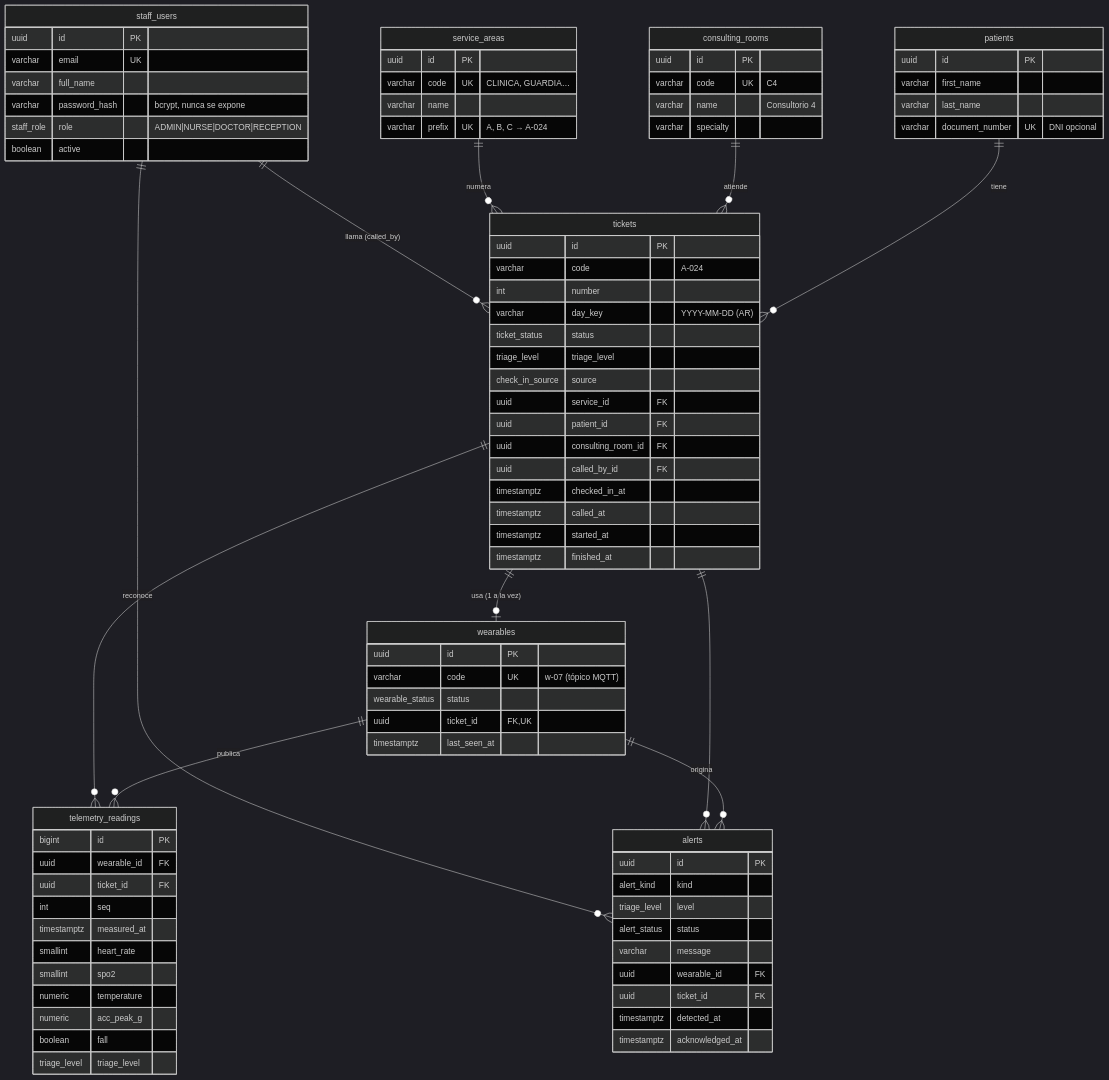
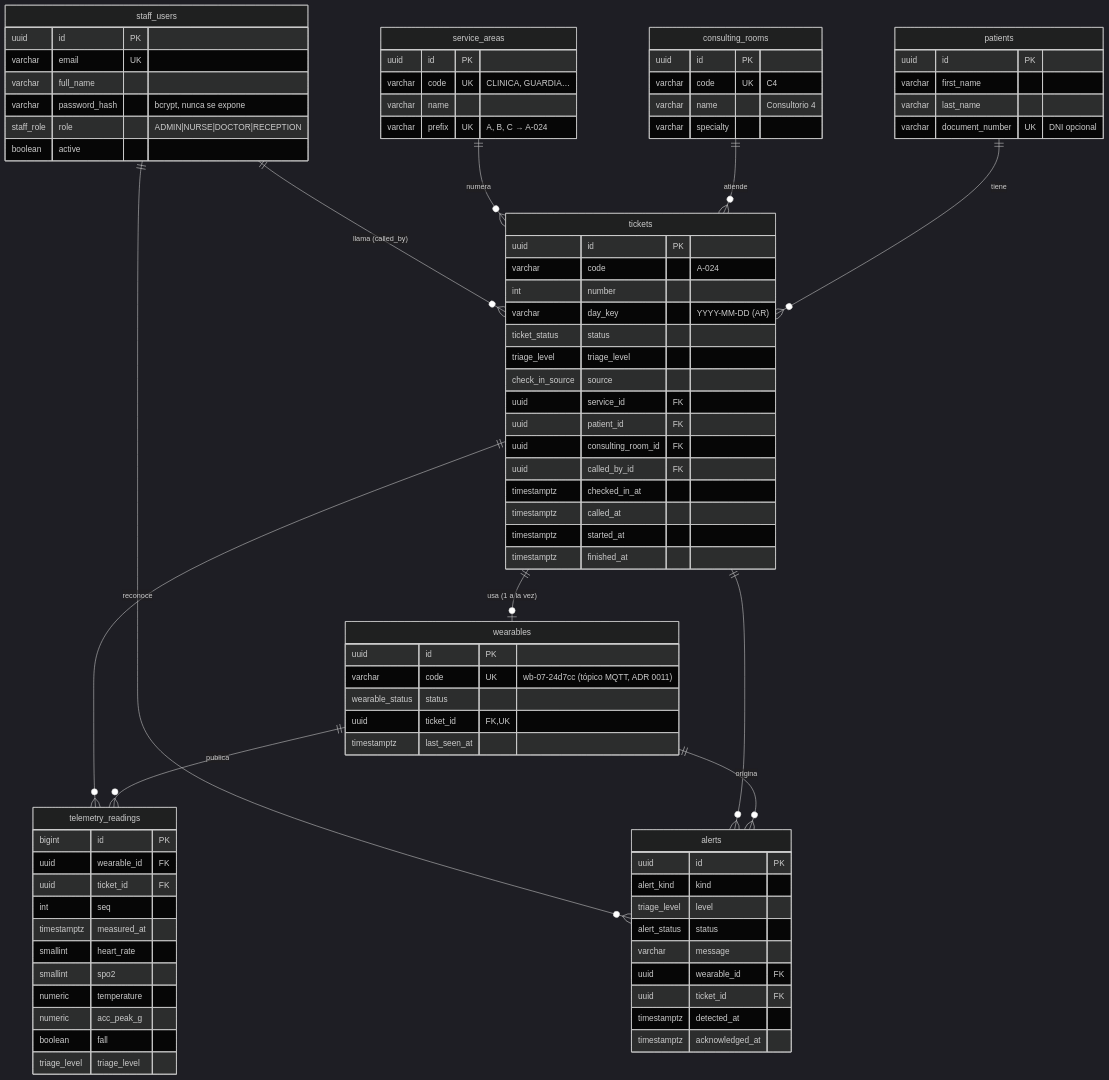
One commit to GastMolina267/pti-monorepo changed the diagram in docs/08-modelo-datos.md. Above: the diagram before and after it, drawn with Mermaid (dark theme). The commit also changed other lines of this file and 8 other files, not shown here.

```diff
--- a/docs/08-modelo-datos.md
+++ b/docs/08-modelo-datos.md
@@ -62,7 +62,7 @@
   }
   wearables {
     uuid id PK
-    varchar code UK "w-07 (tópico MQTT)"
+    varchar code UK "wb-07-24d7cc (tópico MQTT, ADR 0011)"
     wearable_status status
     uuid ticket_id FK,UK
     timestamptz last_seen_at
```
